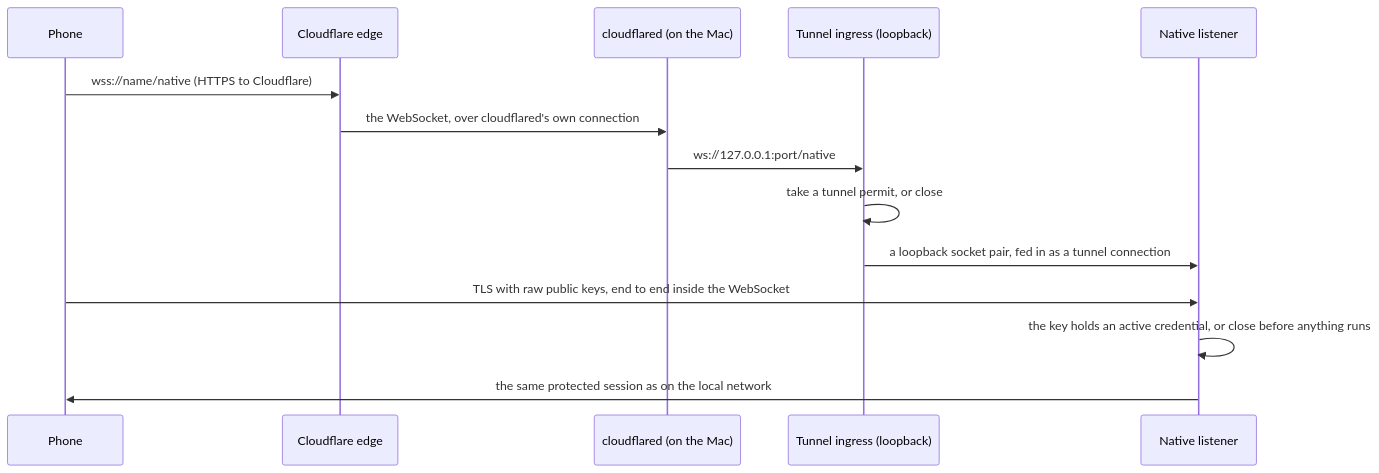
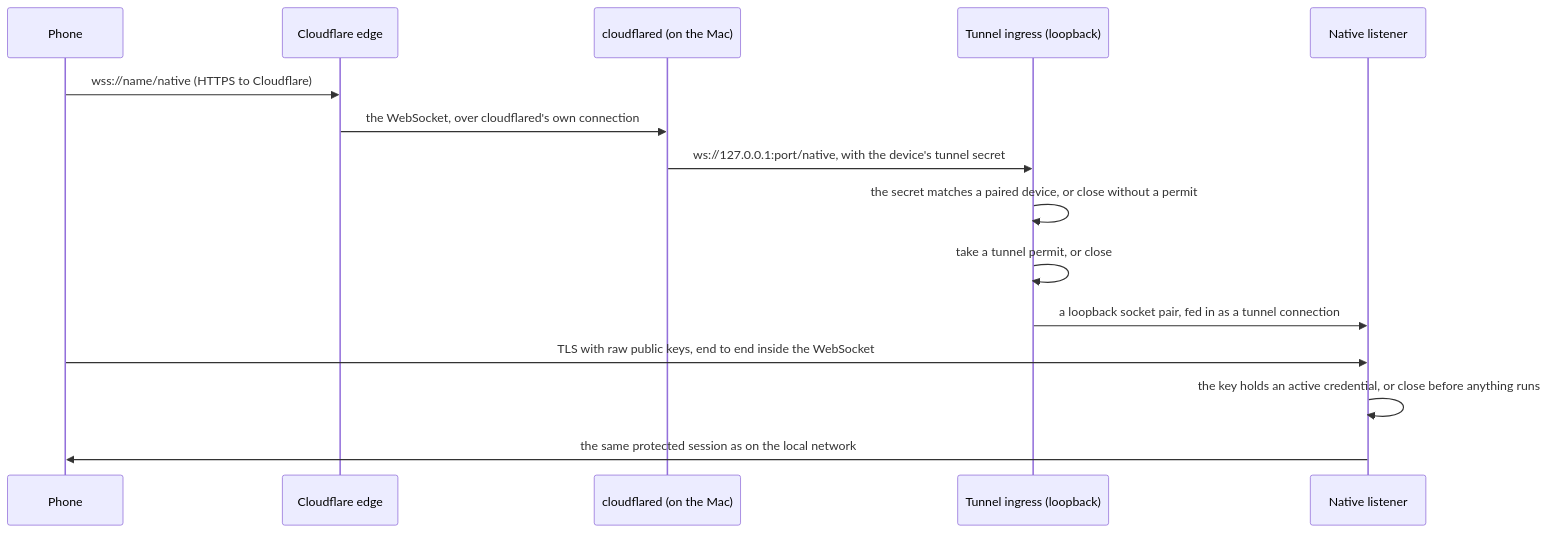
One commit to nessalabs/nessa-agent changed the diagram in docs/design/auth/tunnel.md. Above: the diagram before and after it, drawn with Mermaid. The commit also changed other lines of this file and 51 other files, not shown here.

First line of the commit message:
Admit a tunnel connection only after a paired device's secret

````diff
--- a/docs/design/auth/tunnel.md
+++ b/docs/design/auth/tunnel.md
@@ -31,16 +31,17 @@
 ```mermaid
 sequenceDiagram
     participant P as Phone
     participant C as Cloudflare edge
     participant D as cloudflared (on the Mac)
     participant I as Tunnel ingress (loopback)
     participant L as Native listener
     P->>C: wss://name/native (HTTPS to Cloudflare)
     C->>D: the WebSocket, over cloudflared's own connection
-    D->>I: ws://127.0.0.1:port/native
+    D->>I: ws://127.0.0.1:port/native, with the device's tunnel secret
+    I->>I: the secret matches a paired device, or close without a permit
     I->>I: take a tunnel permit, or close
     I->>L: a loopback socket pair, fed in as a tunnel connection
     P->>L: TLS with raw public keys, end to end inside the WebSocket
     L->>L: the key holds an active credential, or close before anything runs
     L->>P: the same protected session as on the local network
 ```
````
